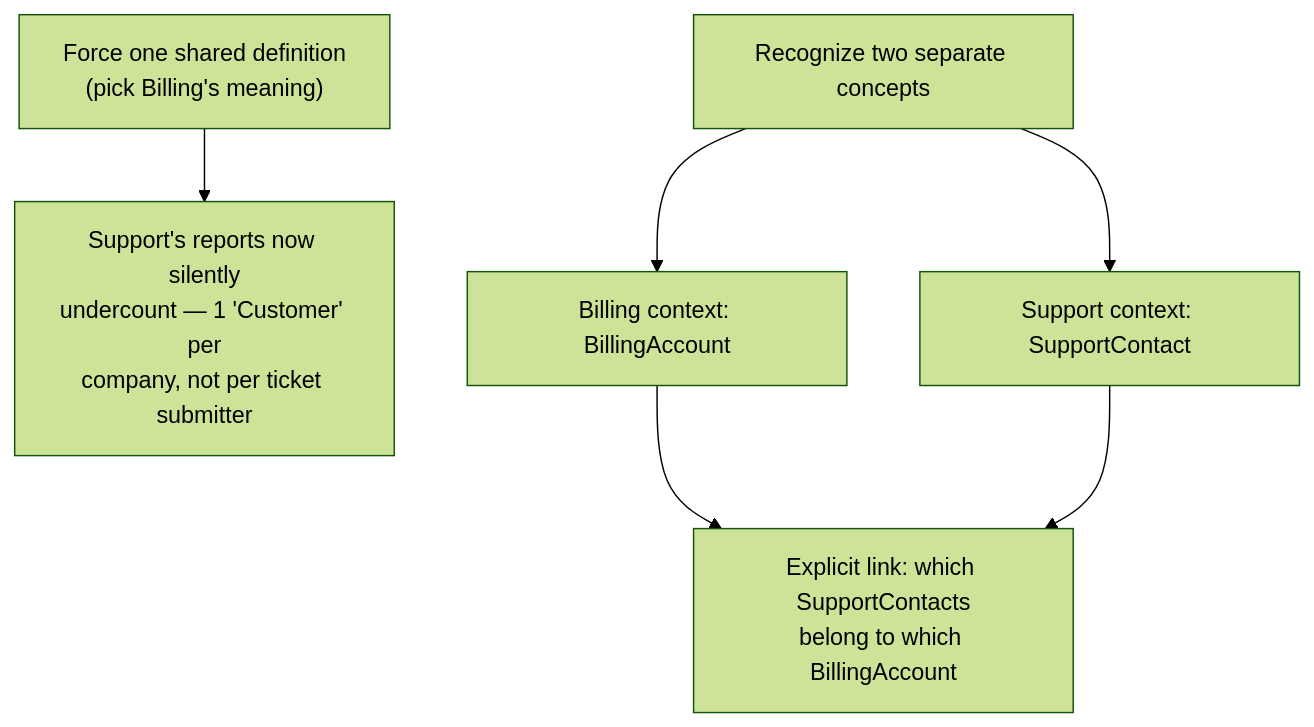
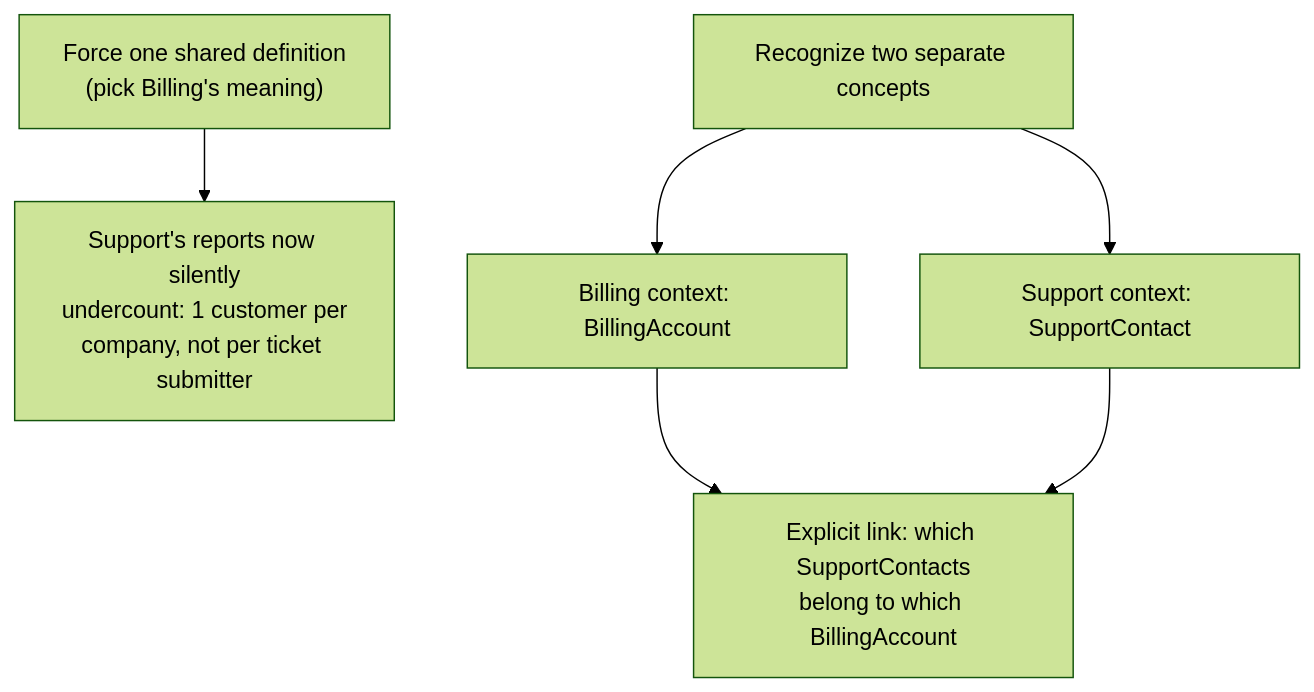
One commit to francoandreDev/knowledge changed the first of 3 diagrams in src/content/product-domain/domain-driven-design-basics/L2-concept.mdx. Above: the diagram before and after it, drawn with Mermaid (forest theme). The commit also changed other lines of this file and 3 other files, not shown here.

````diff
--- a/src/content/product-domain/domain-driven-design-basics/L2-concept.mdx
+++ b/src/content/product-domain/domain-driven-design-basics/L2-concept.mdx
@@ -27,8 +31,8 @@
 ```mermaid
 flowchart TD
-    A["Force one shared definition\n(pick Billing's meaning)"] --> B["Support's reports now silently\nundercount — 1 'Customer' per\ncompany, not per ticket submitter"]
+    A["Force one shared definition\n(pick Billing's meaning)"] --> B["Support's reports now silently\nundercount: 1 customer per\ncompany, not per ticket submitter"]
     C["Recognize two separate concepts"] --> D["Billing context: BillingAccount"]
     C --> E["Support context: SupportContact"]
     D --> F["Explicit link: which SupportContacts\nbelong to which BillingAccount"]
     E --> F
 ```
````
